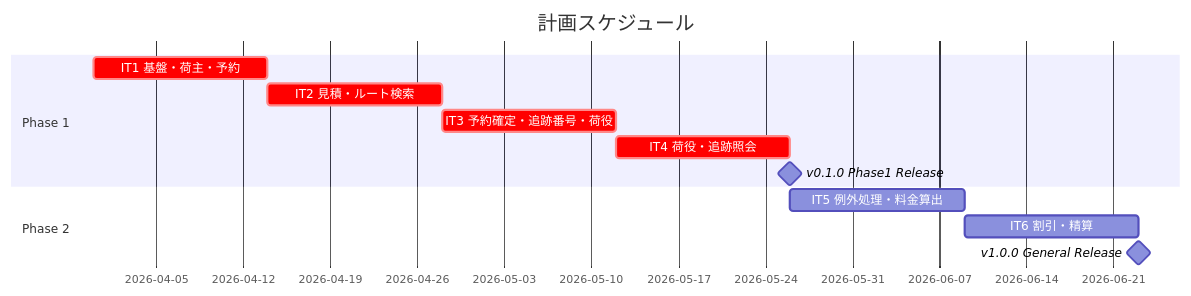
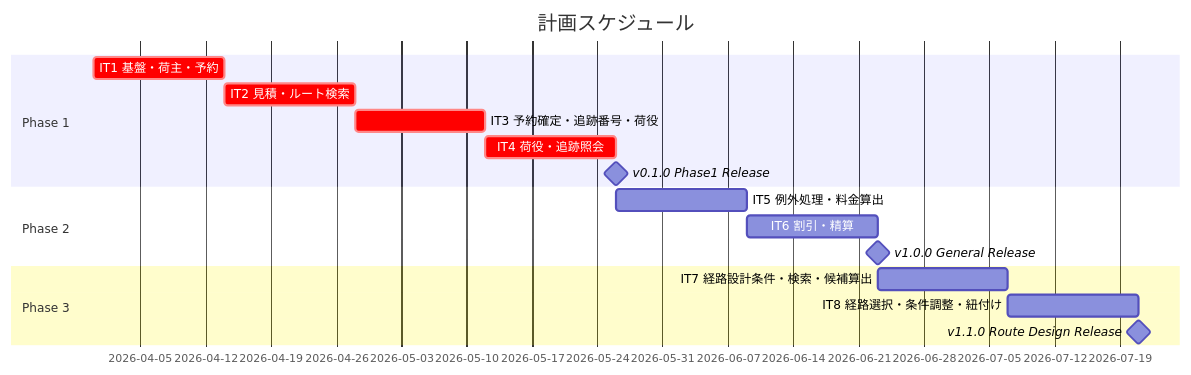
The first of 3 diagrams in docs/development/release_plan.md (k2works/case-study-cargo-tracker), drawn with Mermaid before and after one commit. The commit also changed other lines of this file and 3 other files, not shown here.

````diff
--- a/docs/development/release_plan.md
+++ b/docs/development/release_plan.md
@@ -144,15 +159,19 @@
 ```mermaid
 gantt
     title 計画スケジュール
     dateFormat  YYYY-MM-DD
     section Phase 1
     IT1 基盤・荷主・予約         :crit, it1, 2026-03-31, 14d
     IT2 見積・ルート検索          :crit, it2, after it1, 14d
     IT3 予約確定・追跡番号・荷役  :crit, it3, after it2, 14d
     IT4 荷役・追跡照会            :crit, it4, after it3, 14d
     v0.1.0 Phase1 Release         :milestone, m1, after it4, 0d
     section Phase 2
     IT5 例外処理・料金算出        :it5, after it4, 14d
     IT6 割引・精算                :it6, after it5, 14d
     v1.0.0 General Release        :milestone, m2, after it6, 0d
+    section Phase 3
+    IT7 経路設計条件・検索・候補算出  :it7, after it6, 14d
+    IT8 経路選択・条件調整・紐付け    :it8, after it7, 14d
+    v1.1.0 Route Design Release       :milestone, m3, after it8, 0d
 ```
````
